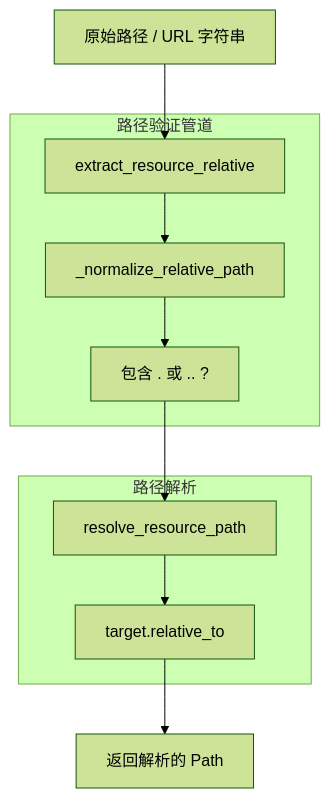
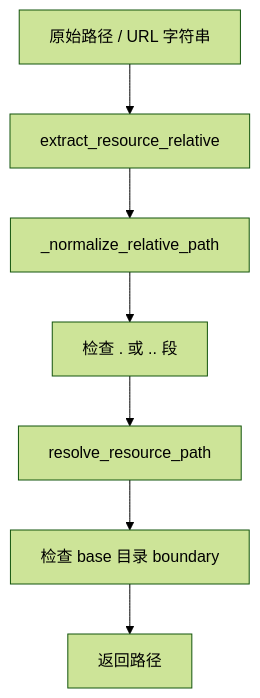
Diagram 20 of 44 in README.md (HKLHaoBin/LyricSphere), drawn with Mermaid (forest theme) before and after one commit. The commit also changed other lines of this file, not shown here.

First line of the commit message:
docs: 优化文档中的流程图和注释结构

````diff
--- a/README.md
+++ b/README.md
@@ -1609,29 +1609,25 @@
 ```mermaid
 flowchart TD
-    RawPath["原始路径 / URL 字符串"]
-    ExtractRel["extract_resource_relative"]
-    NormalizePath["_normalize_relative_path"]
-    CheckSegments["包含 . 或 .. ?"]
-    ResolvePath["resolve_resource_path"]
-    BoundaryCheck["target.relative_to"]
-    ReturnPath["返回解析的 Path"]
+    RP["原始路径 / URL 字符串"]
+    ER["extract_resource_relative"]
+    NP["_normalize_relative_path"]
+    CS["检查 . 或 .. 段"]
+    RP2["resolve_resource_path"]
+    BC["检查 base 目录 boundary"]
+    RT["返回路径"]
 
-    RawPath --> ExtractRel
-    ExtractRel --> NormalizePath
-    NormalizePath --> CheckSegments
-    CheckSegments --> ResolvePath
-    ResolvePath --> BoundaryCheck
-    BoundaryCheck --> ReturnPath
+    RP --> ER
+    ER --> NP
+    NP --> CS
+    CS --> RP2
+    RP2 --> BC
+    BC --> RT
 
-    subgraph PathValidation["路径验证管道"]
-        ExtractRel
-        NormalizePath
-        CheckSegments
-    end
-
-    subgraph PathResolution["路径解析"]
-        ResolvePath
-        BoundaryCheck
-    end
+    %% 分层注释（文本说明，不使用 subgraph）
+    click ER "Layer 1 Extraction: URL scheme & prefix"
+    click NP "Layer 2 Normalization: clean segments"
+    click CS "Layer 2 Normalization"
+    click RP2 "Layer 3 Resolution: absolute path"
+    click BC "Layer 3 Boundary check"
 
 ```
````
